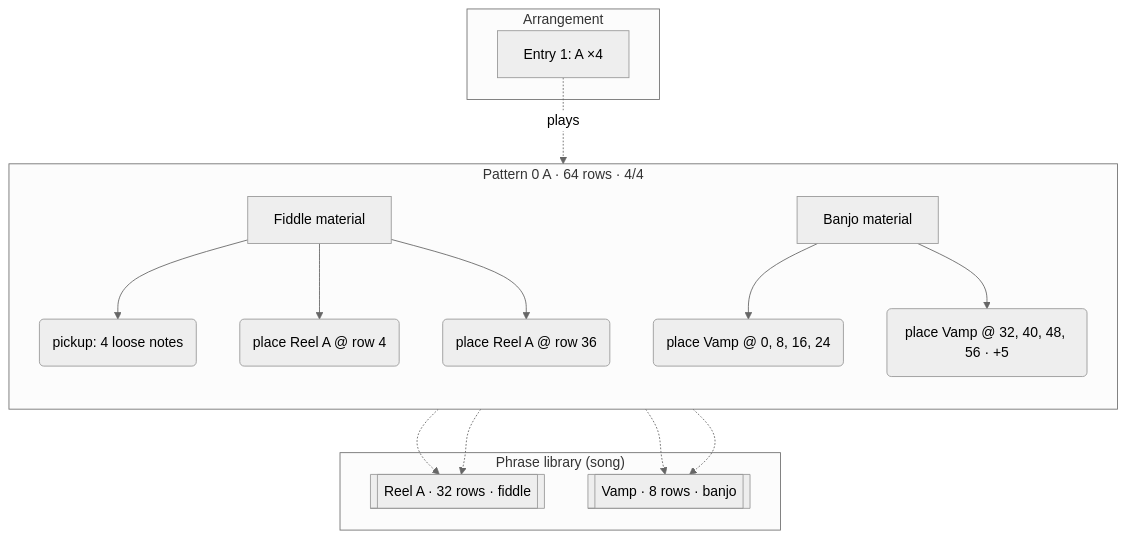
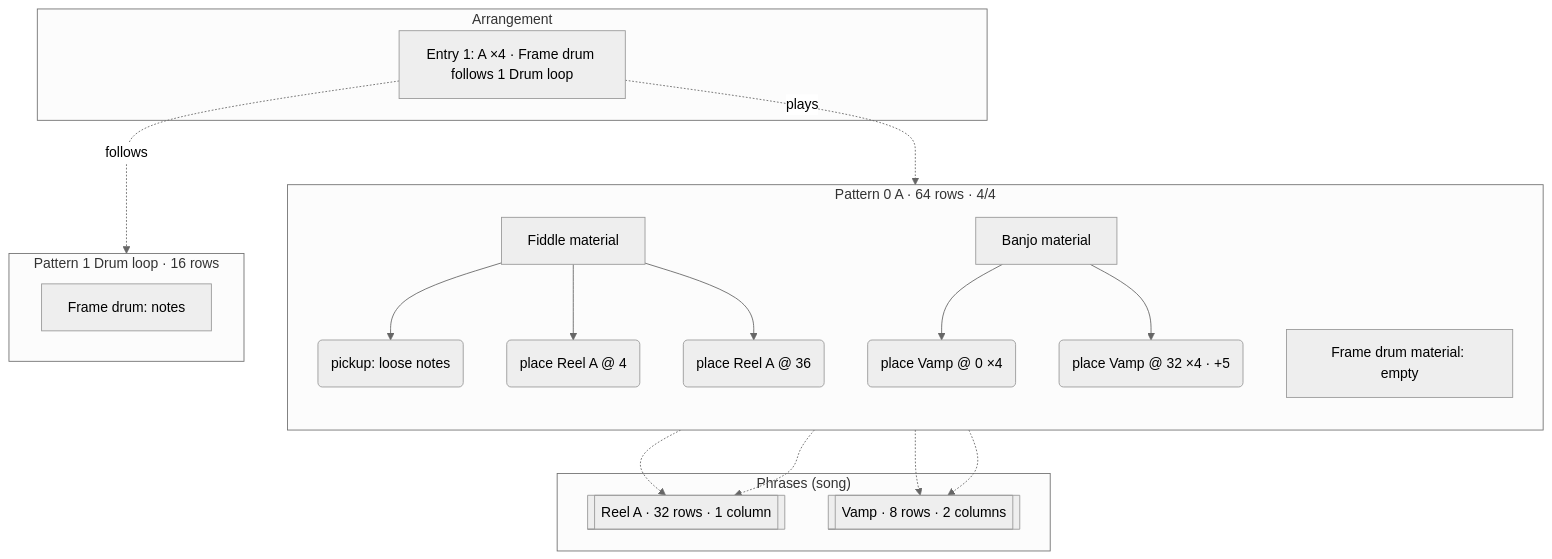
One commit to ajturner/tutti-music changed the third of 6 diagrams in docs/domain.md. Above: the diagram before and after it, drawn with Mermaid (neutral theme). The commit also changed other lines of this file, not shown here.

Commit message:
Domain model: drop chains, one Material shape, placements repeat, self-consistent example file

````diff
--- a/docs/domain.md
+++ b/docs/domain.md
@@ -181,27 +184,32 @@
 ```mermaid
 flowchart TB
-  subgraph Library["Phrase library (song)"]
-    p1[["Reel A · 32 rows · fiddle"]]
-    p2[["Vamp · 8 rows · banjo"]]
+  subgraph Phrases["Phrases (song)"]
+    p1[["Reel A · 32 rows · 1 column"]]
+    p2[["Vamp · 8 rows · 2 columns"]]
   end
   subgraph Pattern0["Pattern 0 A · 64 rows · 4/4"]
     direction TB
     f[Fiddle material]
-    f1(pickup: 4 loose notes)
-    f2(place Reel A @ row 4)
-    f3(place Reel A @ row 36)
+    f1(pickup: loose notes)
+    f2(place Reel A @ 4)
+    f3(place Reel A @ 36)
     f --> f1 & f2 & f3
     bj[Banjo material]
-    v1(place Vamp @ 0, 8, 16, 24)
-    v2(place Vamp @ 32, 40, 48, 56 · +5)
+    v1(place Vamp @ 0 ×4)
+    v2(place Vamp @ 32 ×4 · +5)
     bj --> v1 & v2
+    dr[Frame drum material: empty]
+  end
+  subgraph Pattern1["Pattern 1 Drum loop · 16 rows"]
+    d1[Frame drum: notes]
   end
   f2 -.-> p1
   f3 -.-> p1
   v1 -.-> p2
   v2 -.-> p2
   subgraph Arrangement
-    a0[Entry 1: A ×4]
+    a0["Entry 1: A ×4 · Frame drum follows 1 Drum loop"]
   end
   a0 -.plays.-> Pattern0
+  a0 -.follows.-> Pattern1
 ```
````
